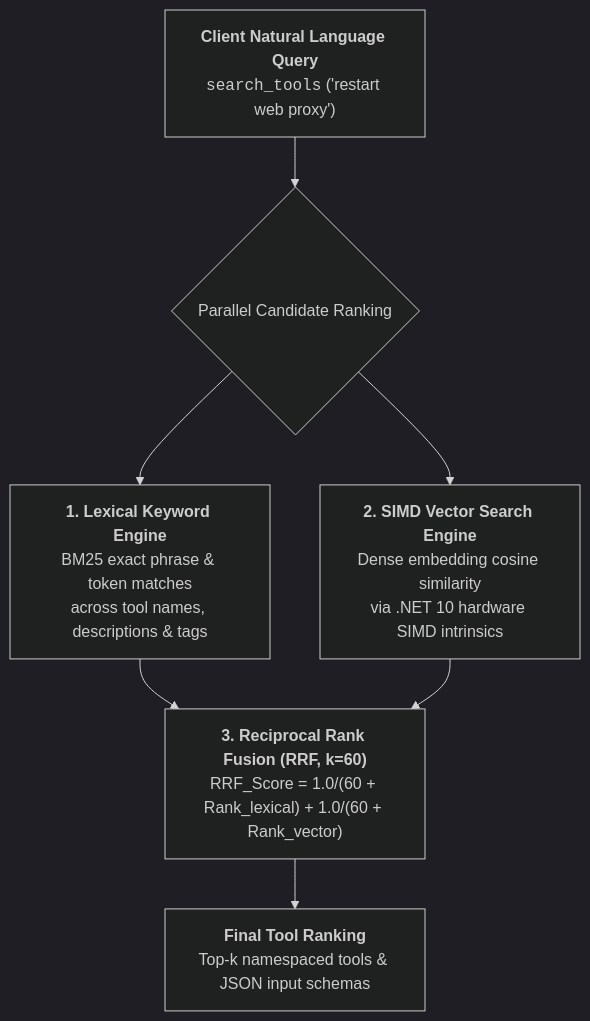
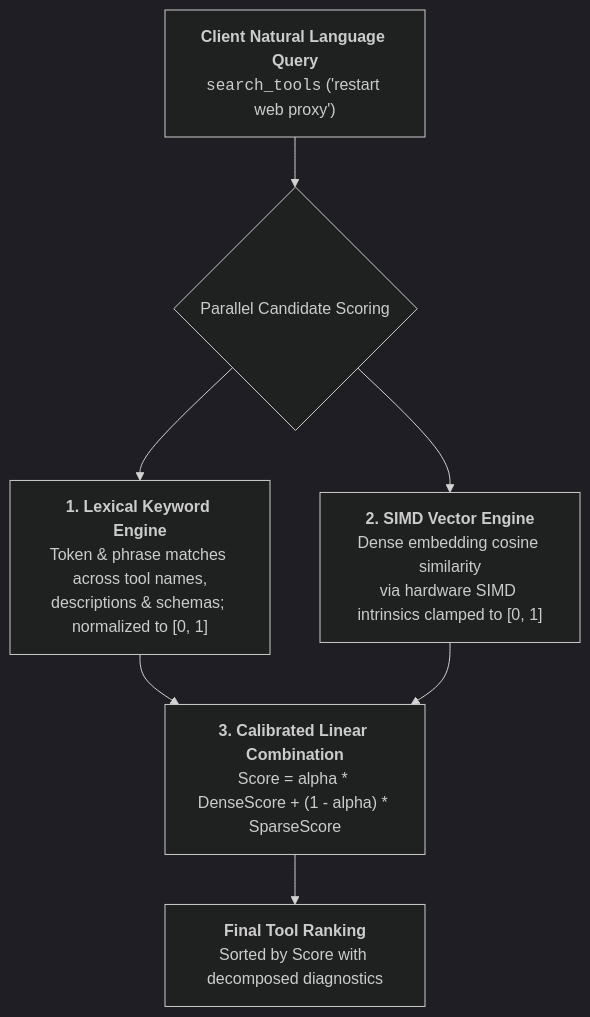
Before and after one commit to spelech/model-context-gateway: the diagram in docs/user-guide/test-bench/semantic-search.md, drawn with Mermaid (dark theme). The commit also changed other lines of this file and 25 other files, not shown here.

````diff
--- a/docs/user-guide/test-bench/semantic-search.md
+++ b/docs/user-guide/test-bench/semantic-search.md
@@ -17,12 +29,12 @@
 ```mermaid
 flowchart TD
-    Query["<b>Client Natural Language Query</b><br><code>search_tools</code> ('restart web proxy')"] --> Split{"Parallel Candidate Ranking"}
+    Query["<b>Client Natural Language Query</b><br><code>search_tools</code> ('restart web proxy')"] --> Split{"Parallel Candidate Scoring"}
 
-    Split --> Lexical["<b>1. Lexical Keyword Engine</b><br>BM25 exact phrase & token matches<br>across tool names, descriptions & tags"]
-    Split --> Vector["<b>2. SIMD Vector Search Engine</b><br>Dense embedding cosine similarity<br>via .NET 10 hardware SIMD intrinsics"]
+    Split --> Lexical["<b>1. Lexical Keyword Engine</b><br>Token & phrase matches across tool names,<br>descriptions & schemas; normalized to [0, 1]"]
+    Split --> Vector["<b>2. SIMD Vector Engine</b><br>Dense embedding cosine similarity<br>via hardware SIMD intrinsics clamped to [0, 1]"]
 
-    Lexical --> RRF["<b>3. Reciprocal Rank Fusion (RRF, k=60)</b><br>RRF_Score = 1.0/(60 + Rank_lexical) + 1.0/(60 + Rank_vector)"]
-    Vector --> RRF
+    Lexical --> Fusion["<b>3. Calibrated Linear Combination</b><br>Score = alpha * DenseScore + (1 - alpha) * SparseScore"]
+    Vector --> Fusion
 
-    RRF --> Output["<b>Final Tool Ranking</b><br>Top-k namespaced tools & JSON input schemas"]
+    Fusion --> Output["<b>Final Tool Ranking</b><br>Sorted by Score with decomposed diagnostics"]
 ```
````
